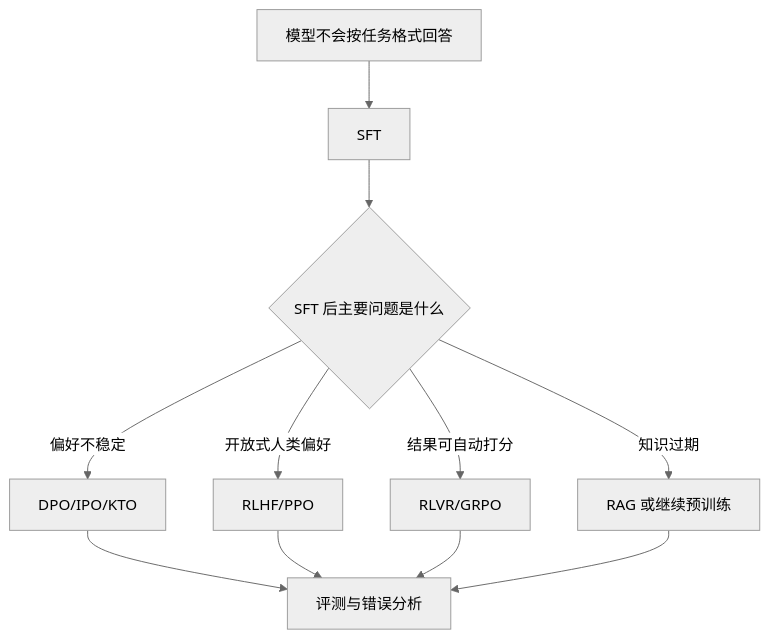
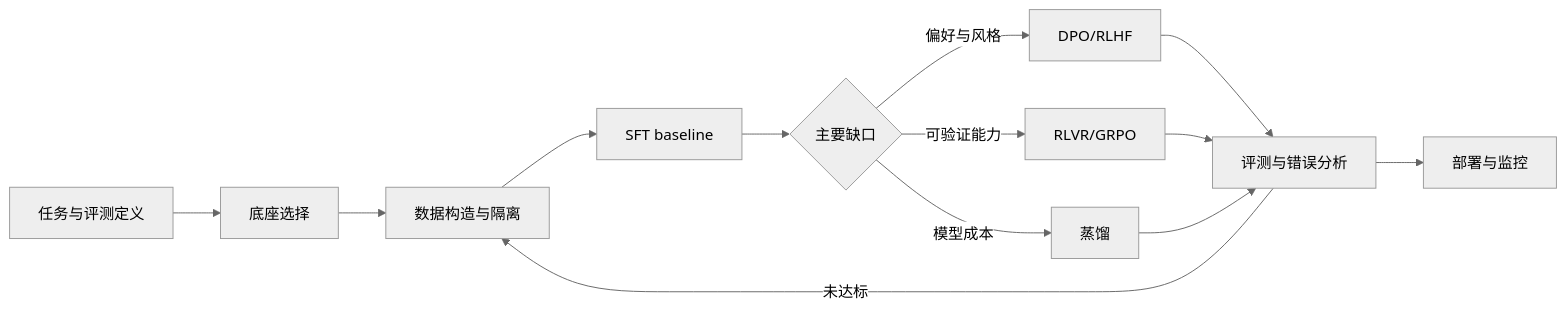
The diagram in 03_训练优化与对齐/模型训练学习手册_预训练到后训练.md (YuTianhao1230/Studying), drawn with Mermaid (neutral theme) before and after one commit. The commit also changed other lines of this file and 55 other files, not shown here.

````diff
--- a/03_训练优化与对齐/模型训练学习手册_预训练到后训练.md
+++ b/03_训练优化与对齐/模型训练学习手册_预训练到后训练.md
@@ -198,13 +9,15 @@
 ```mermaid
-flowchart TD
-  A[模型不会按任务格式回答] --> B[SFT]
-  B --> C{SFT 后主要问题是什么}
-  C -->|偏好不稳定| D[DPO/IPO/KTO]
-  C -->|开放式人类偏好| E[RLHF/PPO]
-  C -->|结果可自动打分| F[RLVR/GRPO]
-  C -->|知识过期| G[RAG 或继续预训练]
-  D --> H[评测与错误分析]
-  E --> H
-  F --> H
-  G --> H
+flowchart LR
+  A[任务与评测定义] --> B[底座选择]
+  B --> C[数据构造与隔离]
+  C --> D[SFT baseline]
+  D --> E{主要缺口}
+  E -->|偏好与风格| F[DPO/RLHF]
+  E -->|可验证能力| G[RLVR/GRPO]
+  E -->|模型成本| H[蒸馏]
+  F --> I[评测与错误分析]
+  G --> I
+  H --> I
+  I --> J[部署与监控]
+  I -->|未达标| C
 ```
````
